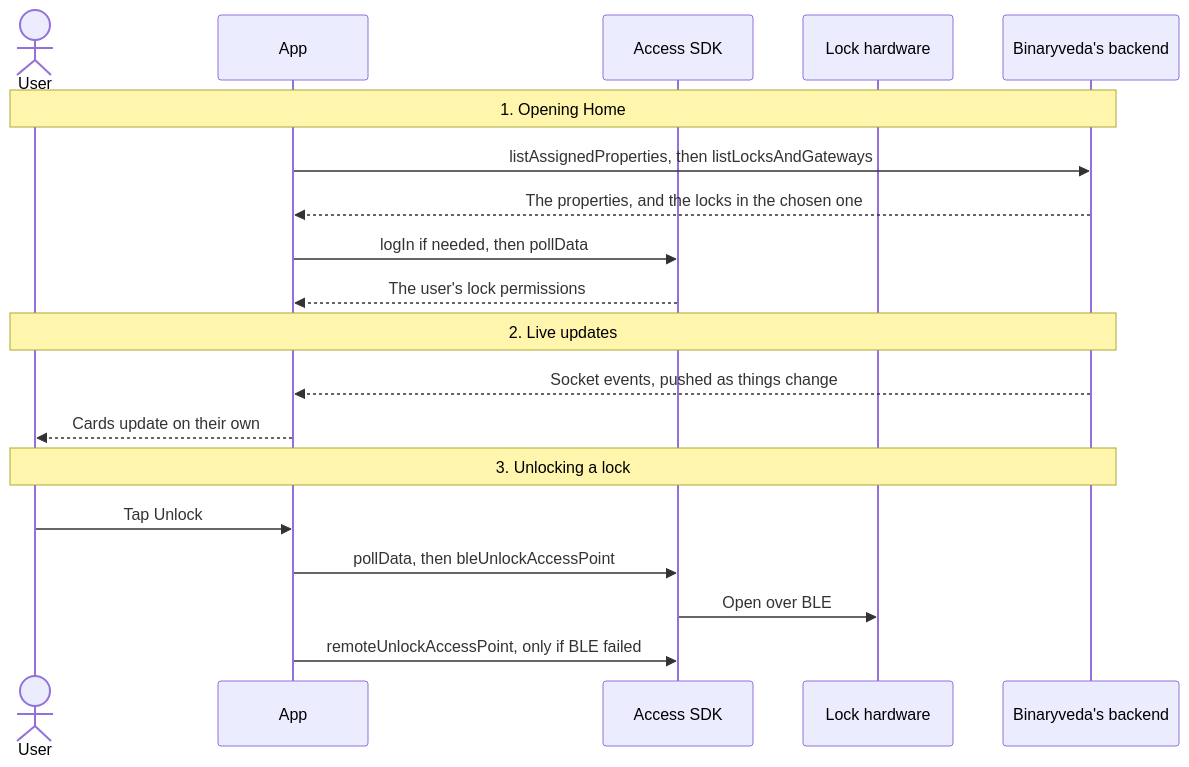
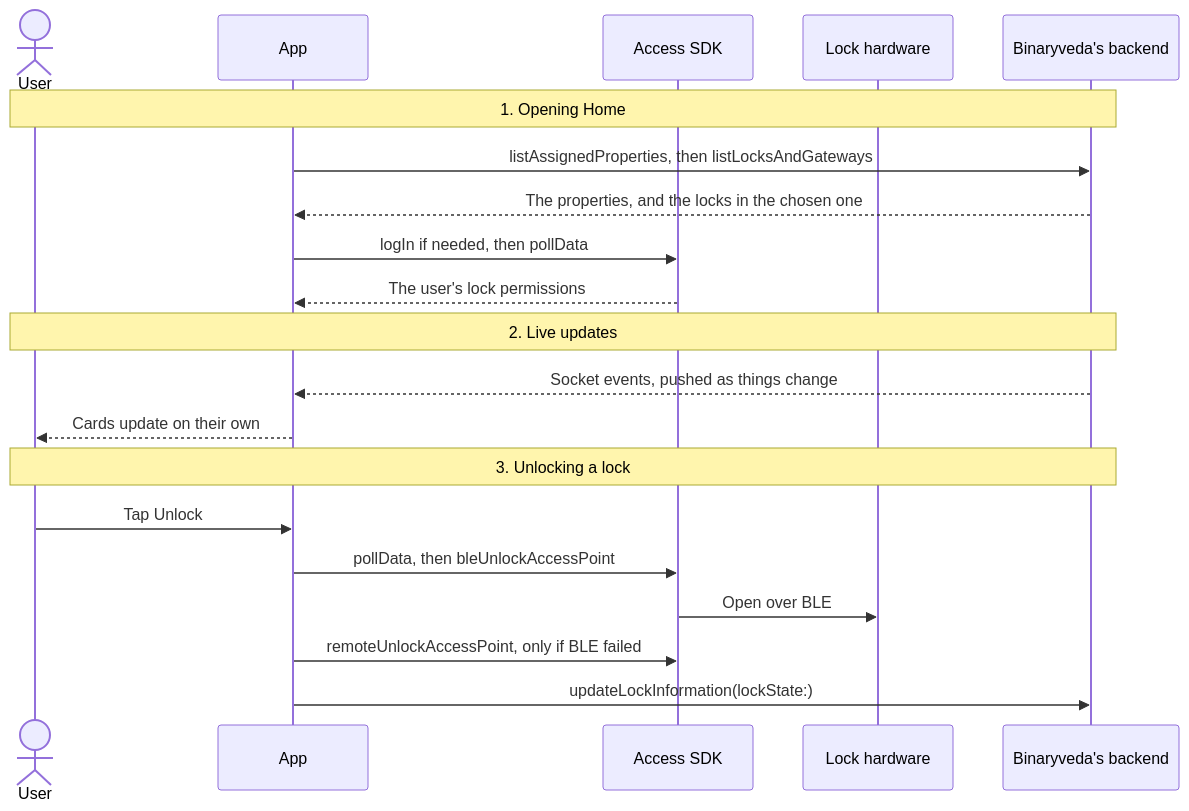
One commit to Yash-Wadatkar-Binaryveda/sdk-docs-site changed the first of 7 diagrams in docs/home.md. Above: the diagram before and after it, drawn with Mermaid. The commit also changed other lines of this file and 5 other files, not shown here.

````diff
--- a/docs/home.md
+++ b/docs/home.md
@@ -48,24 +48,25 @@
 ```mermaid
 sequenceDiagram
     actor U as User
     participant A as App
     participant S as Access SDK
     participant L as Lock hardware
     participant B as Binaryveda's backend
 
     Note over U,B: 1. Opening Home
     A->>B: listAssignedProperties, then listLocksAndGateways
     B-->>A: The properties, and the locks in the chosen one
     A->>S: logIn if needed, then pollData
     S-->>A: The user's lock permissions
 
     Note over U,B: 2. Live updates
     B-->>A: Socket events, pushed as things change
     A-->>U: Cards update on their own
 
     Note over U,B: 3. Unlocking a lock
     U->>A: Tap Unlock
     A->>S: pollData, then bleUnlockAccessPoint
     S->>L: Open over BLE
     A->>S: remoteUnlockAccessPoint, only if BLE failed
+    A->>B: updateLockInformation(lockState:)
 ```
````
